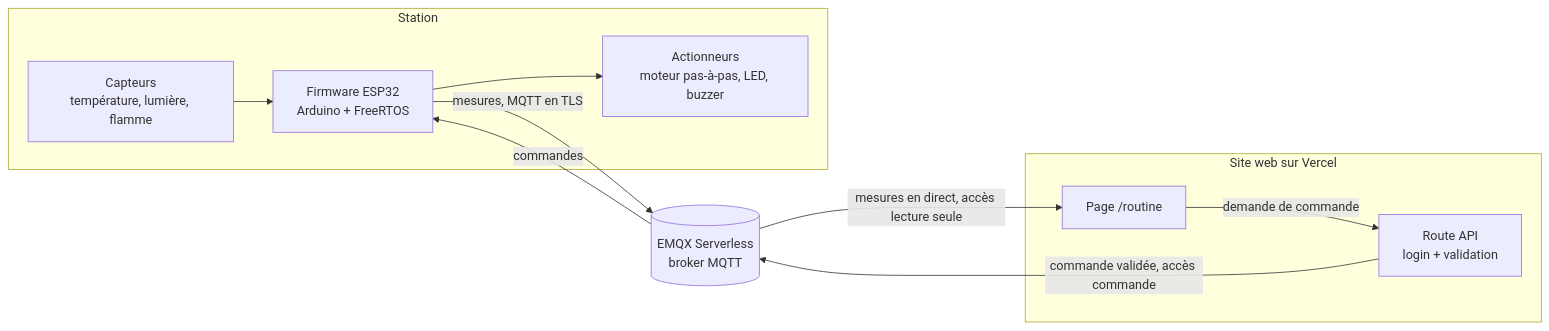
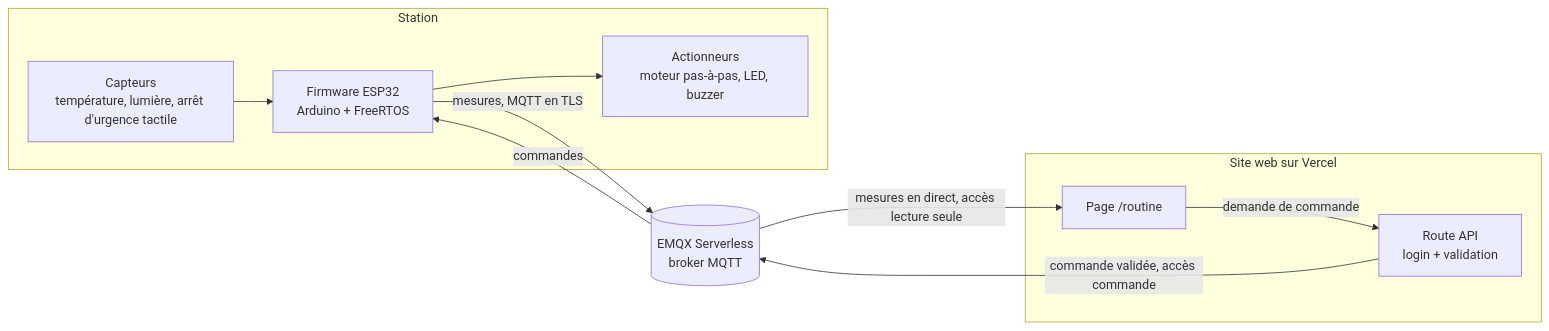
The diagram in README.fr.md (MatthiasGermain/routine-station), drawn with Mermaid before and after one commit. The commit also changed other lines of this file and 9 other files, not shown here.

````diff
--- a/README.fr.md
+++ b/README.fr.md
@@ -22,22 +22,22 @@
 ```mermaid
 flowchart LR
     subgraph station["Station"]
-        sensors["Capteurs<br/>température, lumière, flamme"]
+        sensors["Capteurs<br/>température, lumière, arrêt d'urgence tactile"]
         esp["Firmware ESP32<br/>Arduino + FreeRTOS"]
         actuators["Actionneurs<br/>moteur pas-à-pas, LED, buzzer"]
         sensors --> esp --> actuators
     end
 
     broker[("EMQX Serverless<br/>broker MQTT")]
 
     subgraph site["Site web sur Vercel"]
         page["Page /routine"]
         api["Route API<br/>login + validation"]
     end
 
     esp -- "mesures, MQTT en TLS" --> broker
     broker -- "commandes" --> esp
     broker -- "mesures en direct, accès lecture seule" --> page
     page -- "demande de commande" --> api
     api -- "commande validée, accès commande" --> broker
 ```
````
